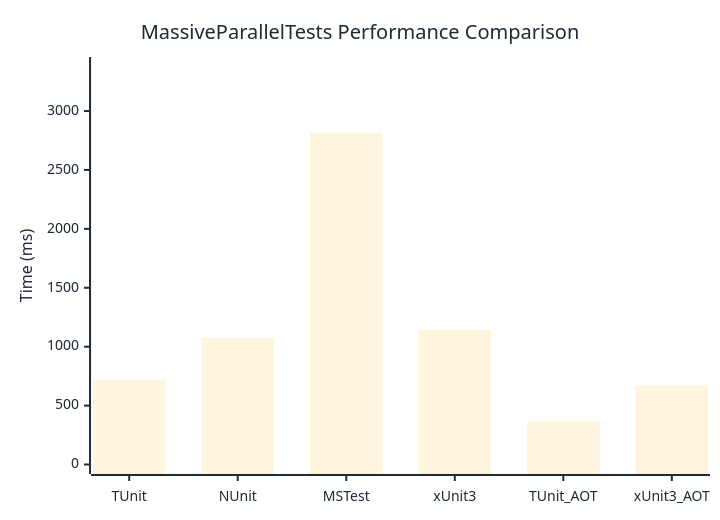
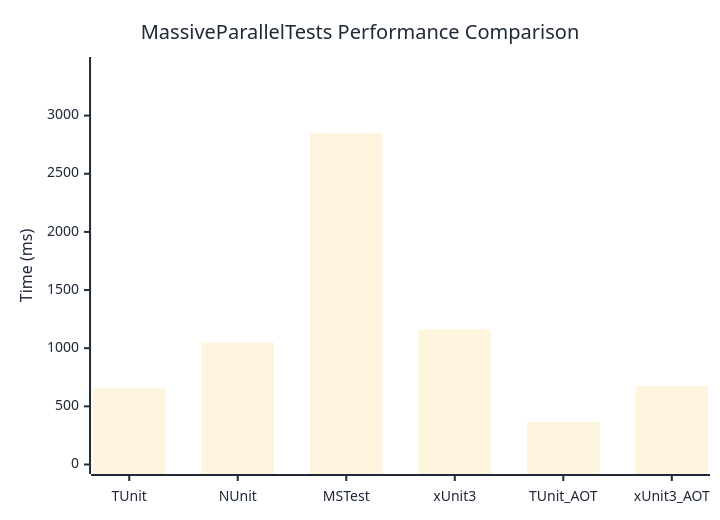
Before and after one commit to thomhurst/TUnit: the diagram in docs/docs/benchmarks/engine/MassiveParallelTests.md, drawn with Mermaid. The commit also changed other lines of this file and 17 other files, not shown here.

````diff
--- a/docs/docs/benchmarks/engine/MassiveParallelTests.md
+++ b/docs/docs/benchmarks/engine/MassiveParallelTests.md
@@ -30,37 +30,37 @@
 ```mermaid
 %%{init: {
   'theme':'base',
   'themeVariables': {
     'primaryColor': '#2563eb',
     'primaryTextColor': '#1f2937',
     'primaryBorderColor': '#1e40af',
     'lineColor': '#6b7280',
     'secondaryColor': '#7c3aed',
     'tertiaryColor': '#dc2626',
     'background': '#ffffff',
     'mainBkg': '#2563eb',
     'secondBkg': '#7c3aed',
     'tertiaryBkg': '#dc2626',
     'clusterBkg': '#f3f4f6',
     'edgeLabelBackground': '#ffffff',
     'tertiaryTextColor': '#1f2937',
     'pie1': '#2563eb',
     'pie2': '#7c3aed',
     'pie3': '#dc2626',
     'pie4': '#f59e0b',
     'pie5': '#10b981',
     'pie6': '#06b6d4',
     'pie7': '#ec4899',
     'pie8': '#6366f1',
     'pie9': '#84cc16',
     'pie10': '#f97316',
     'pie11': '#14b8a6',
     'pie12': '#a855f7'
   }
 }}%%
 xychart-beta
   title "MassiveParallelTests Performance Comparison"
   x-axis ["TUnit", "NUnit", "MSTest", "xUnit3", "TUnit_AOT", "xUnit3_AOT"]
-  y-axis "Time (ms)" 0 --> 3378
-  bar [719.7, 1074.5, 2814.9, 1143.4, 365.1, 672.6]
+  y-axis "Time (ms)" 0 --> 3422
+  bar [655.6, 1051.2, 2851.2, 1161.5, 365.7, 676.3]
 ```
````
